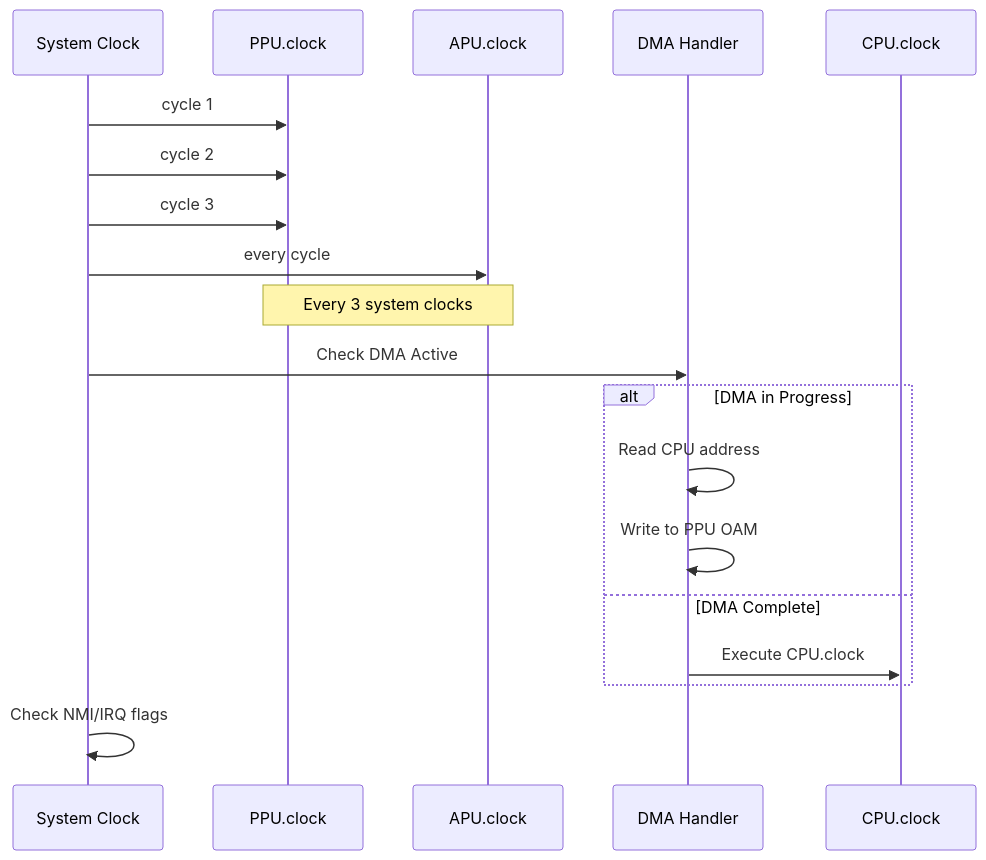
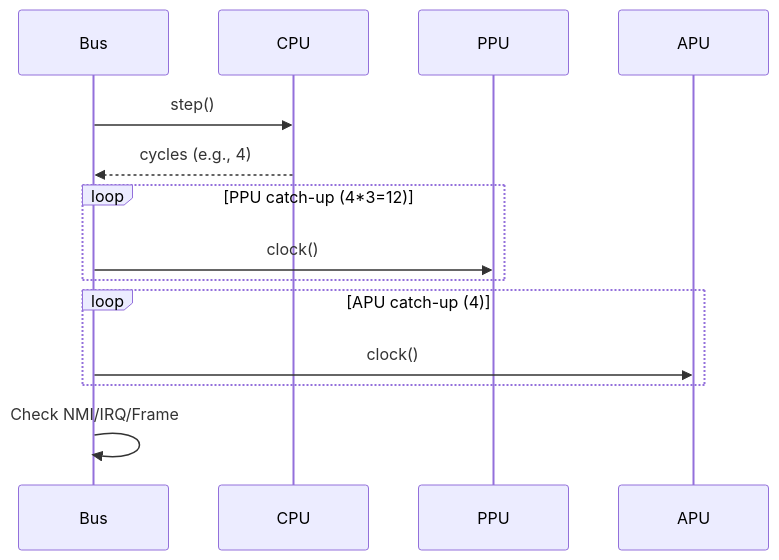
One commit to hamed-rezaee/fnes changed the second of 3 diagrams in README.md. Above: the diagram before and after it, drawn with Mermaid. The commit also changed other lines of this file and 16 other files, not shown here.

````diff
--- a/README.md
+++ b/README.md
@@ -79,23 +76,21 @@
 ```mermaid
 %%{init: {'theme': 'flat'}}%%
 sequenceDiagram
-    participant SYS as System Clock
-    participant PPU as PPU.clock
-    participant APU as APU.clock
-    participant DMA as DMA Handler
-    participant CPU as CPU.clock
+    participant BUS as Bus
+    participant CPU
+    participant PPU
+    participant APU
 
-    SYS->>PPU: cycle 1
-    SYS->>PPU: cycle 2
-    SYS->>PPU: cycle 3
-    SYS->>APU: every cycle
-    Note over PPU,APU: Every 3 system clocks
-    SYS->>DMA: Check DMA Active
-    alt DMA in Progress
-        DMA->>DMA: Read CPU address
-        DMA->>DMA: Write to PPU OAM
-    else DMA Complete
-        DMA->>CPU: Execute CPU.clock
+    BUS->>CPU: step()
+    CPU-->>BUS: cycles (e.g., 4)
+
+    loop PPU catch-up (4*3=12)
+        BUS->>PPU: clock()
     end
-    SYS->>SYS: Check NMI/IRQ flags
+
+    loop APU catch-up (4)
+        BUS->>APU: clock()
+    end
+
+    BUS->>BUS: Check NMI/IRQ/Frame
 ```
````
